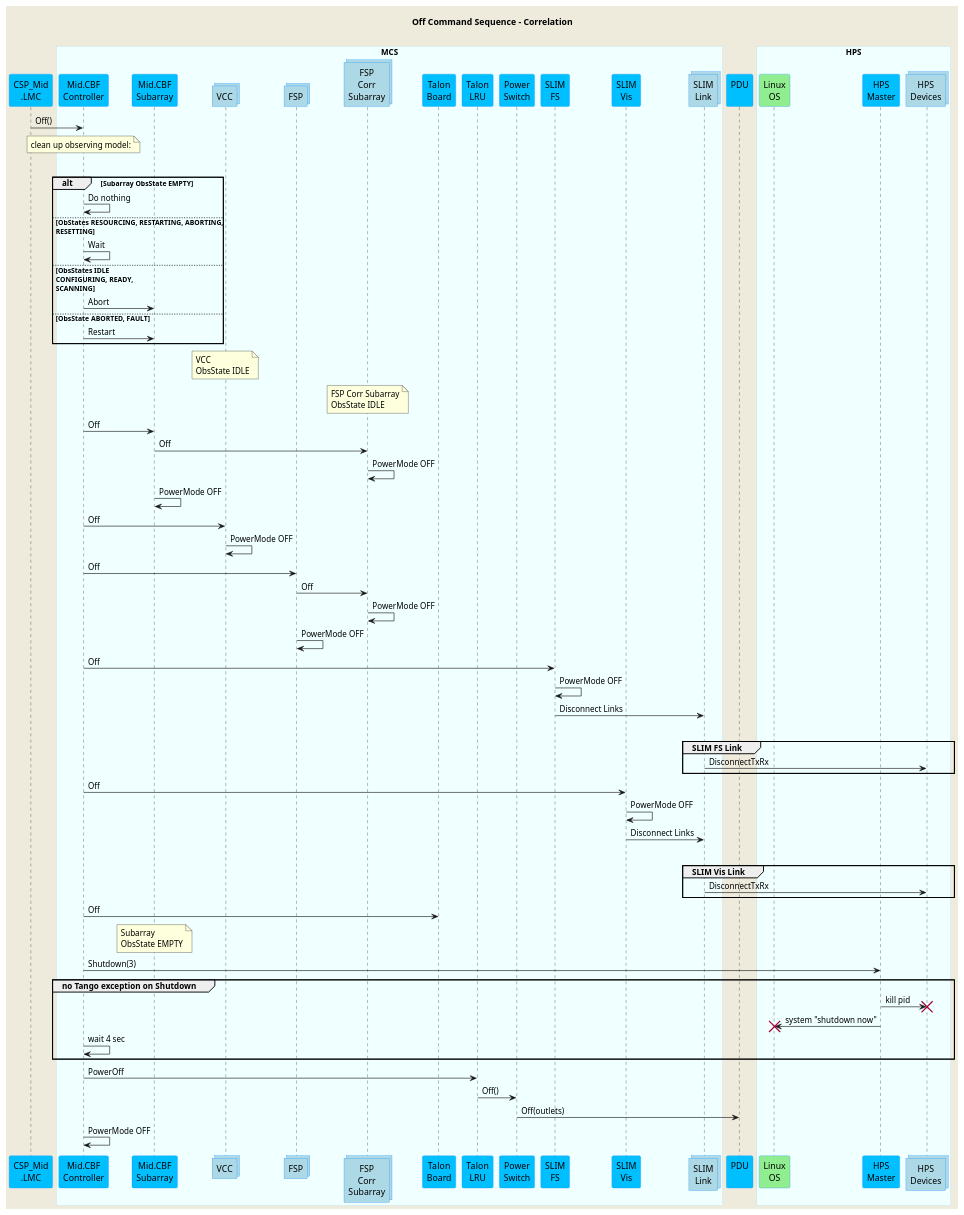
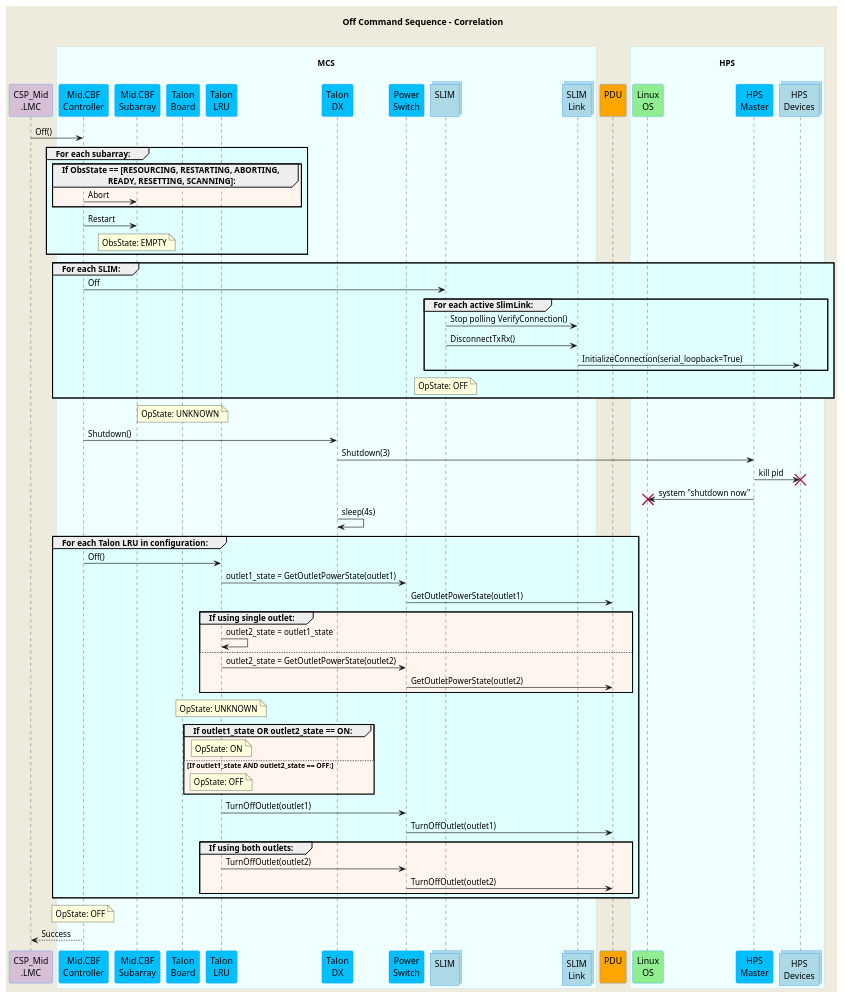
One commit to ska-telescope/mid-cbf-mcs changed the diagram in docs/src/diagrams/off-command-sequence.puml. Above: the diagram before and after it, drawn with PlantUML. The commit also changed 19 other files, not shown here.

```diff
--- a/docs/src/diagrams/off-command-sequence.puml
+++ b/docs/src/diagrams/off-command-sequence.puml
@@ -1,96 +1,97 @@
 @startuml
 'https://plantuml.com/sequence-diagram
 skinparam backgroundColor #EEEBDC
 skinparam sequence {
 ParticipantBorderColor DodgerBlue
 ParticipantBackgroundColor DeepSkyBlue
 ActorBorderColor DarkGreen
 ActorBackgroundColor Green
 BoxBorderColor LightBlue
 BoxBackgroundColor #F0FFFF
 }
 skinparam collections {
   BackGroundColor LightBlue
   BorderColor DodgerBlue
 }
 skinparam database {
   BackgroundColor LightGreen
   BorderColor DarkGreen
 }
 title Off Command Sequence - Correlation\n
-participant "CSP_Mid\n.LMC" as lmc
-box "MCS"
-participant "Mid.CBF\nController" as controller
-participant "Mid.CBF\nSubarray" as subarray
-collections "VCC" as vcc
-collections "FSP" as fsp
-collections "FSP\nCorr\nSubarray" as fspsubarray
-participant "Talon\nBoard" as talon_board
-participant "Talon\nLRU" as lru
-participant "Power\nSwitch" as switch
-participant "SLIM\nFS" as slim_fs
-participant "SLIM\nVis" as slim_vis
-collections "SLIM\nLink" as slimlink
+participant "CSP_Mid\n.LMC" as lmc #Thistle
+box "\nMCS\n"
+  participant "Mid.CBF\nController" as controller
+  participant "Mid.CBF\nSubarray" as subarray
+  participant "Talon\nBoard" as talon_board
+  participant "Talon\nLRU" as lru
+  participant "Talon\nDX" as tdx
+  participant "Power\nSwitch" as ps
+  collections "SLIM\n" as slim
+  collections "SLIM\nLink" as slimlink
 end box
-participant "PDU\n" as pdu
-box "HPS"
-participant "Linux\nOS" as os #LightGreen
-participant "HPS\nMaster" as hpsmaster
-collections "HPS\nDevices" as hpsdevices
+participant "PDU\n" as pdu #Orange
+box "\nHPS\n"
+  participant "Linux\nOS" as os #LightGreen
+  participant "HPS\nMaster" as hpsmaster
+  collections "HPS\nDevices" as hpsdevices
 end box
-lmc        ->  controller    : Off()
 
-note over controller         : clean up observing model:
+lmc -> controller : Off()
 
-loop until Subarray ObsState EMPTY or time exceeded
-alt Subarray ObsState EMPTY
-controller -> controller : Do nothing
-else ObStates RESOURCING, RESTARTING, ABORTING,\nRESETTING
-controller -> controller : Wait
-else ObsStates IDLE\nCONFIGURING, READY,\nSCANNING
-controller -> subarray   : Abort
-else ObsState ABORTED, FAULT
-controller -> subarray   : Restart
-end loop
-note over vcc            : VCC\nObsState IDLE
-note over fspsubarray    : FSP Corr Subarray\nObsState IDLE
+group #LightCyan For each subarray:
+group #SeaShell If ObsState == [RESOURCING, RESTARTING, ABORTING,\n                      READY, RESETTING, SCANNING]:
+controller -> subarray        : Abort
+end
 
-controller ->  subarray      : Off
-subarray   ->  fspsubarray   : Off
-fspsubarray->  fspsubarray   : PowerMode OFF
-subarray   ->  subarray      : PowerMode OFF
-controller ->  vcc           : Off
-vcc        ->  vcc           : PowerMode OFF
-controller ->  fsp           : Off
-fsp        ->  fspsubarray   : Off
-fspsubarray->  fspsubarray   : PowerMode OFF
-fsp        ->  fsp           : PowerMode OFF
-controller ->  slim_fs       : Off
-slim_fs    ->  slim_fs       : PowerMode OFF
-slim_fs    ->  slimlink      : Disconnect Links
-loop
-group SLIM FS Link
-slimlink   ->  hpsdevices    : DisconnectTxRx
-end loop
-controller ->  slim_vis      : Off
-slim_vis   ->  slim_vis      : PowerMode OFF
-slim_vis   ->  slimlink      : Disconnect Links
-loop
-group SLIM Vis Link
-slimlink   ->  hpsdevices    : DisconnectTxRx
+controller -> subarray        : Restart
+note over subarray            : ObsState: EMPTY
 end loop
 
-controller ->  talon_board   : Off
-note over subarray       : Subarray\nObsState EMPTY
-controller ->  hpsmaster     : Shutdown(3)
-group no Tango exception on Shutdown
-hpsmaster  ->  hpsdevices !! : kill pid
-hpsmaster  ->  os !!         : system "shutdown now"
-controller ->  controller    : wait 4 sec
+group #LightCyan For each SLIM:
+  controller ->  slim         : Off
+
+  group #LightCyan For each active SlimLink:
+    slim      ->  slimlink    : Stop polling VerifyConnection()
+    slim      ->  slimlink    : DisconnectTxRx()
+    slimlink  ->  hpsdevices  : InitializeConnection(serial_loopback=True)
+  end 
+  note over slim              : OpState: OFF
 end group
-controller ->  lru           : PowerOff
-lru        ->  switch        : Off()
-switch     ->  pdu           : Off(outlets)
 
-controller ->  controller    : PowerMode OFF
+note over talon_board          : OpState: UNKNOWN
+controller  ->  tdx            : Shutdown()
+tdx         ->  hpsmaster      : Shutdown(3)
+hpsmaster   ->  hpsdevices !!  : kill pid
+hpsmaster   ->  os !!          : system "shutdown now"
+tdx         ->  tdx            : sleep(4s)
+
+group #LightCyan For each Talon LRU in configuration:
+  controller    ->  lru         : Off()
+  lru           ->  ps          : outlet1_state = GetOutletPowerState(outlet1)
+  ps            ->  pdu         : GetOutletPowerState(outlet1)
+  group #SeaShell If using single outlet:
+    lru         ->  lru         : outlet2_state = outlet1_state
+    else
+    lru         ->  ps          : outlet2_state = GetOutletPowerState(outlet2)
+    ps          ->  pdu         : GetOutletPowerState(outlet2)
+  end group
+
+  note over lru                 : OpState: UNKNOWN
+  group #SeaShell If outlet1_state OR outlet2_state == ON:
+    note over lru               : OpState: ON
+  else If outlet1_state AND outlet2_state == OFF:
+    note over lru               : OpState: OFF
+  end group
+
+  lru           ->  ps          : TurnOffOutlet(outlet1)
+  ps            ->  pdu         : TurnOffOutlet(outlet1)
+  group #SeaShell If using both outlets:
+    lru         ->  ps          : TurnOffOutlet(outlet2)
+    ps          ->  pdu         : TurnOffOutlet(outlet2)
+  end group
+end group
+
+note over controller           : OpState: OFF
+lmc        <--  controller     : Success
+
 @enduml
```
